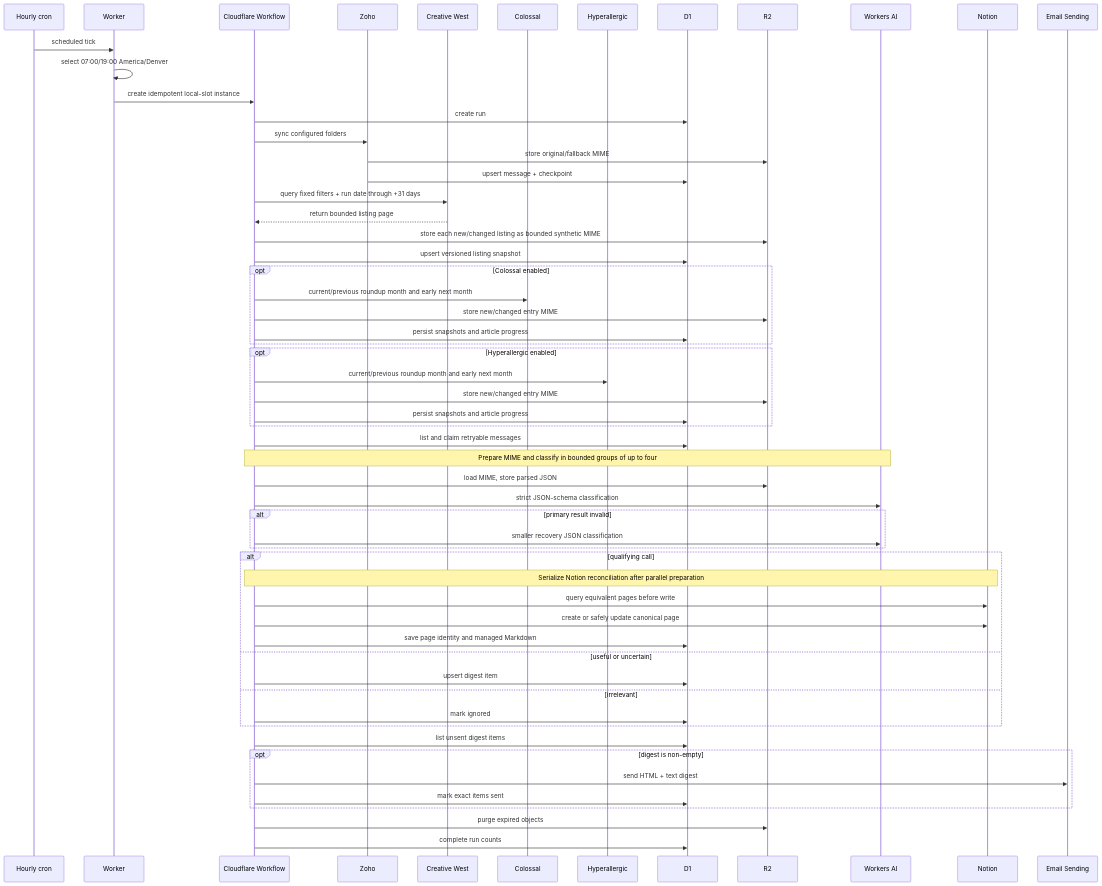
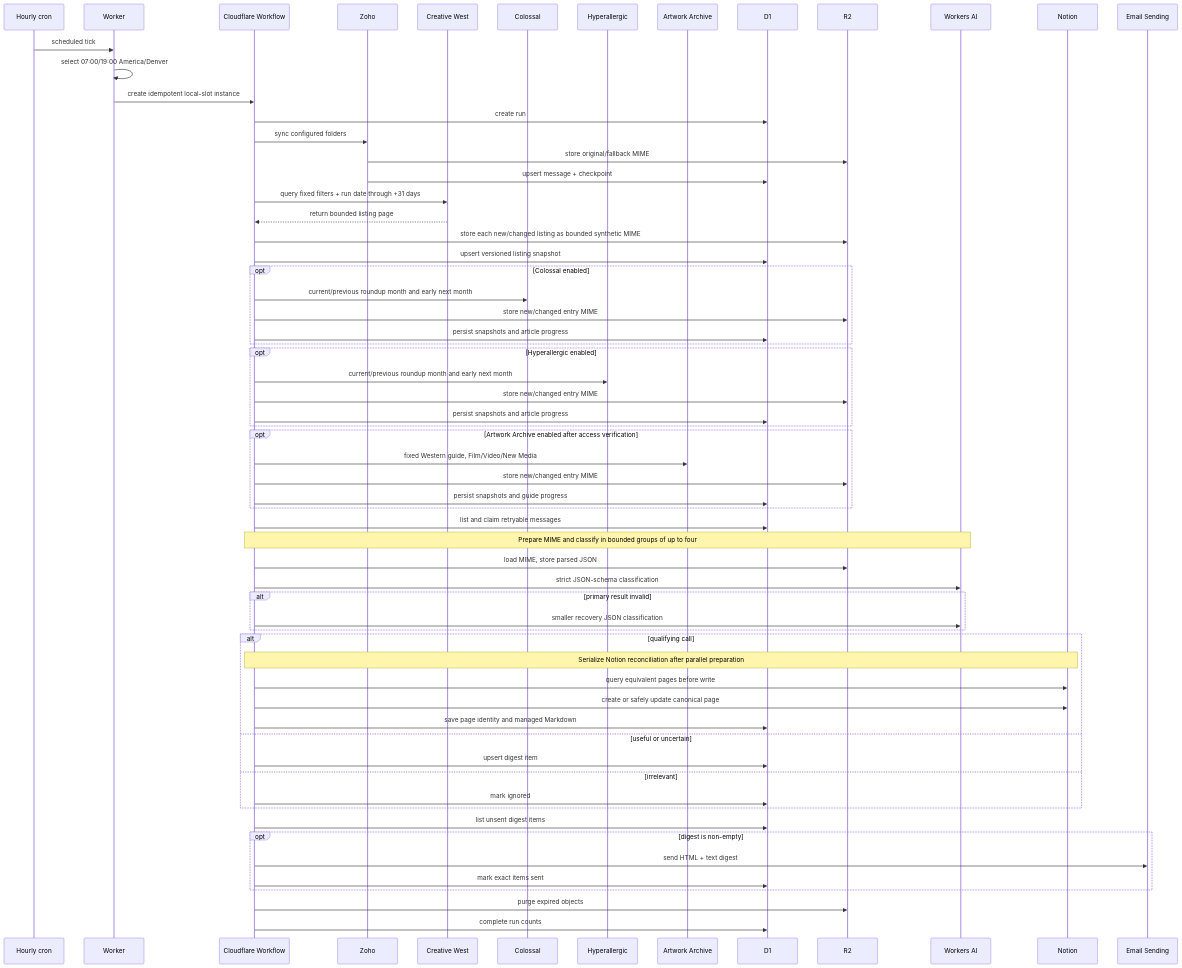
One commit to aindaco1/dust-wave-opportunity-radar changed the diagram in docs/ARCHITECTURE.md. Above: the diagram before and after it, drawn with Mermaid. The commit also changed other lines of this file and 42 other files, not shown here.

Commit message:
Add Artwork Archive filtered opportunity source

````diff
--- a/docs/ARCHITECTURE.md
+++ b/docs/ARCHITECTURE.md
@@ -26,61 +27,67 @@
 ```mermaid
 sequenceDiagram
   participant Cron as Hourly cron
   participant Worker
   participant Flow as Cloudflare Workflow
   participant Zoho
   participant CW as Creative West
   participant Colossal
   participant Hyperallergic
+  participant Artwork as Artwork Archive
   participant D1
   participant R2
   participant AI as Workers AI
   participant Notion
   participant Email as Email Sending
 
   Cron->>Worker: scheduled tick
   Worker->>Worker: select 07:00/19:00 America/Denver
   Worker->>Flow: create idempotent local-slot instance
   Flow->>D1: create run
   Flow->>Zoho: sync configured folders
   Zoho->>R2: store original/fallback MIME
   Zoho->>D1: upsert message + checkpoint
   Flow->>CW: query fixed filters + run date through +31 days
   CW-->>Flow: return bounded listing page
   Flow->>R2: store each new/changed listing as bounded synthetic MIME
   Flow->>D1: upsert versioned listing snapshot
   opt Colossal enabled
     Flow->>Colossal: current/previous roundup month and early next month
     Flow->>R2: store new/changed entry MIME
     Flow->>D1: persist snapshots and article progress
   end
   opt Hyperallergic enabled
     Flow->>Hyperallergic: current/previous roundup month and early next month
     Flow->>R2: store new/changed entry MIME
     Flow->>D1: persist snapshots and article progress
   end
+  opt Artwork Archive enabled after access verification
+    Flow->>Artwork: fixed Western guide, Film/Video/New Media
+    Flow->>R2: store new/changed entry MIME
+    Flow->>D1: persist snapshots and guide progress
+  end
   Flow->>D1: list and claim retryable messages
   Note over Flow,AI: Prepare MIME and classify in bounded groups of up to four
   Flow->>R2: load MIME, store parsed JSON
   Flow->>AI: strict JSON-schema classification
   alt primary result invalid
     Flow->>AI: smaller recovery JSON classification
   end
   alt qualifying call
     Note over Flow,Notion: Serialize Notion reconciliation after parallel preparation
     Flow->>Notion: query equivalent pages before write
     Flow->>Notion: create or safely update canonical page
     Flow->>D1: save page identity and managed Markdown
   else useful or uncertain
     Flow->>D1: upsert digest item
   else irrelevant
     Flow->>D1: mark ignored
   end
   Flow->>D1: list unsent digest items
   opt digest is non-empty
     Flow->>Email: send HTML + text digest
     Flow->>D1: mark exact items sent
   end
   Flow->>R2: purge expired objects
   Flow->>D1: complete run counts
 ```
````
